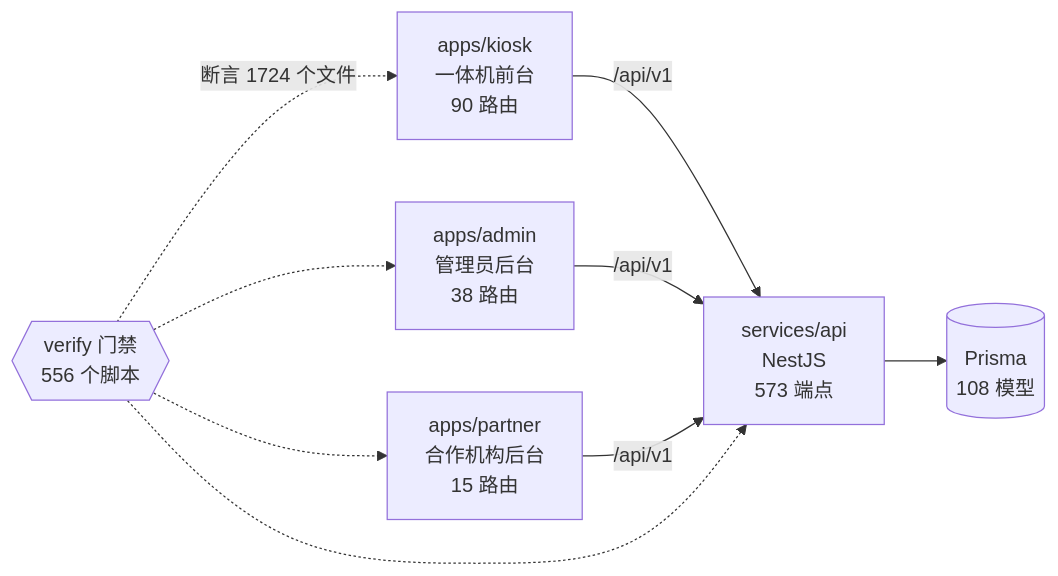
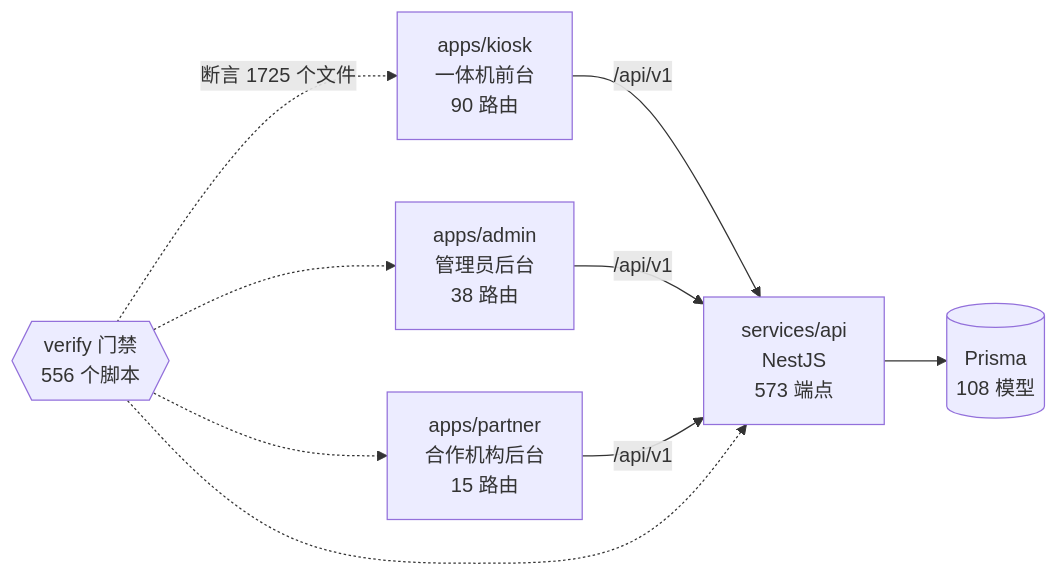
The diagram in docs/graph/README.md (wanglei581/YITIJI), drawn with Mermaid before and after one commit. The commit also changed other lines of this file and 3 other files, not shown here.

First line of the commit message:
chore(consoles): 移除未接入的表格截断门禁并更新图谱

````diff
--- a/docs/graph/README.md
+++ b/docs/graph/README.md
@@ -68,18 +68,18 @@
 ```mermaid
 flowchart LR
   kiosk["apps/kiosk<br/>一体机前台<br/>90 路由"]
   admin["apps/admin<br/>管理员后台<br/>38 路由"]
   partner["apps/partner<br/>合作机构后台<br/>15 路由"]
   api["services/api<br/>NestJS<br/>573 端点"]
   db[("Prisma<br/>108 模型")]
   gates{{"verify 门禁<br/>556 个脚本"}}
 
   kiosk -->|"/api/v1"| api
   admin -->|"/api/v1"| api
   partner -->|"/api/v1"| api
   api --> db
-  gates -.->|"断言 1724 个文件"| kiosk
+  gates -.->|"断言 1725 个文件"| kiosk
   gates -.-> admin
   gates -.-> partner
   gates -.-> api
 ```
````
